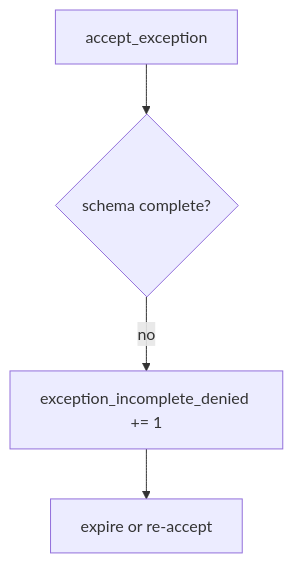
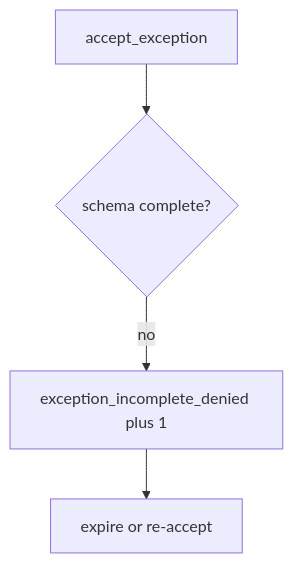
The diagram in content/modules/e/E6/lessons/06-operate.md (ishitvagoel/LearnSecurity), drawn with Mermaid before and after one commit. The commit also changed other lines of this file and 21 other files, not shown here.

````diff
--- a/content/modules/e/E6/lessons/06-operate.md
+++ b/content/modules/e/E6/lessons/06-operate.md
@@ -13,6 +13,6 @@
 ```mermaid
 flowchart TD
   Call[accept_exception] --> Ok{schema complete?}
-  Ok -->|no| Metric["exception_incomplete_denied += 1"]
+  Ok -->|no| Metric["exception_incomplete_denied plus 1"]
   Metric --> Expire[expire or re-accept]
 ```
````
